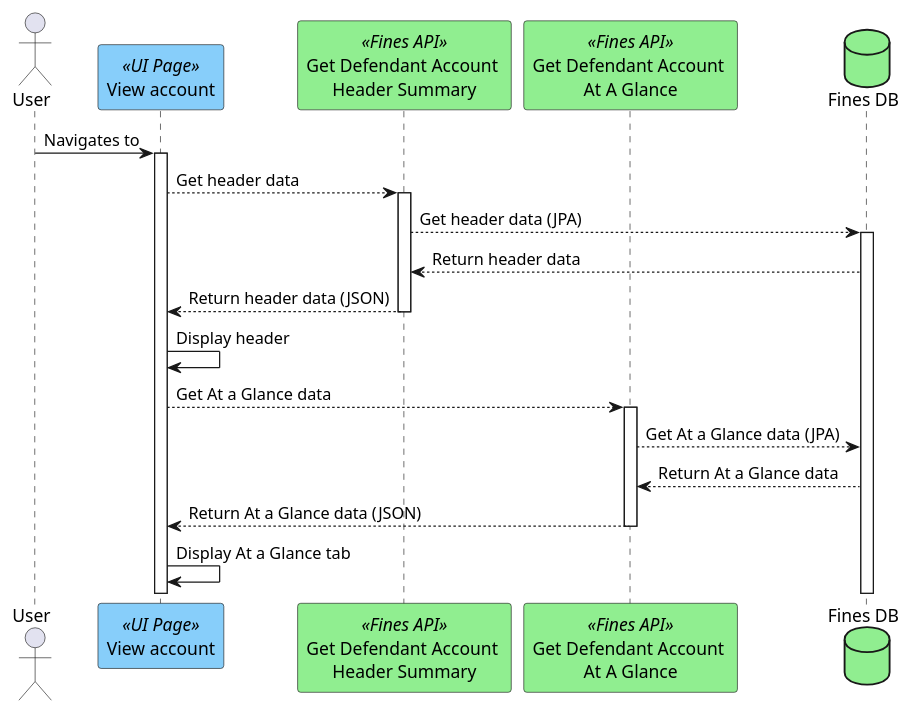
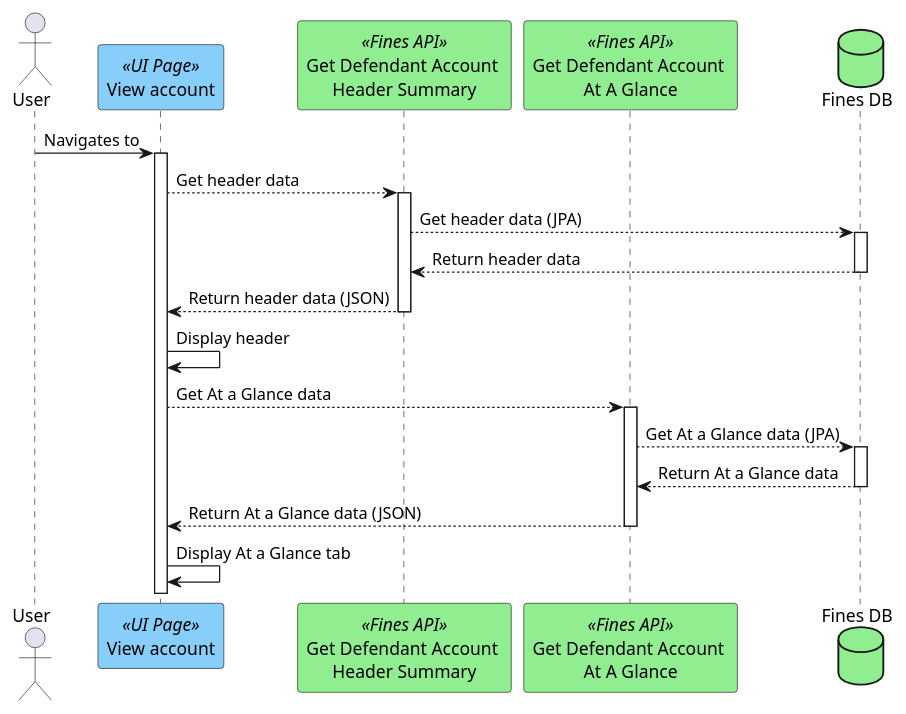
The diagram in plantUML/fae-view-defendant-account-summary/fae-account-header-summary.puml (hmcts/opal-docs), drawn with PlantUML before and after one commit.

Commit message:
view def account summary, amend comments and notes

```diff
--- a/plantUML/fae-view-defendant-account-summary/fae-account-header-summary.puml
+++ b/plantUML/fae-view-defendant-account-summary/fae-account-header-summary.puml
@@ -1,23 +1,26 @@
 @startuml
 actor "User" as user
 participant "View account" as viewAccount <<UI Page>> #lightskyblue
 participant "Get Defendant Account \nHeader Summary" as getHeaderApi <<Fines API>> #lightgreen
 participant "Get Defendant Account \nAt A Glance" as getAAGApi <<Fines API>> #lightgreen
 database "Fines DB" as db #lightgreen
 
 user ->  viewAccount ++ :Navigates to
 viewAccount --> getHeaderApi ++: Get header data
 getHeaderApi --> db ++ : Get header data (JPA)
 db --> getHeaderApi : Return header data
+deactivate db
 getHeaderApi --> viewAccount : Return header data (JSON)
 deactivate getHeaderApi
 viewAccount -> viewAccount : Display header
 viewAccount --> getAAGApi ++: Get At a Glance data
-getAAGApi --> db : Get At a Glance data (JPA)
+getAAGApi --> db ++ : Get At a Glance data (JPA)
 db --> getAAGApi : Return At a Glance data
+deactivate db
 getAAGApi --> viewAccount : Return At a Glance data (JSON)
 deactivate getAAGApi
 viewAccount -> viewAccount : Display At a Glance tab
 
 
+
 @enduml
```
